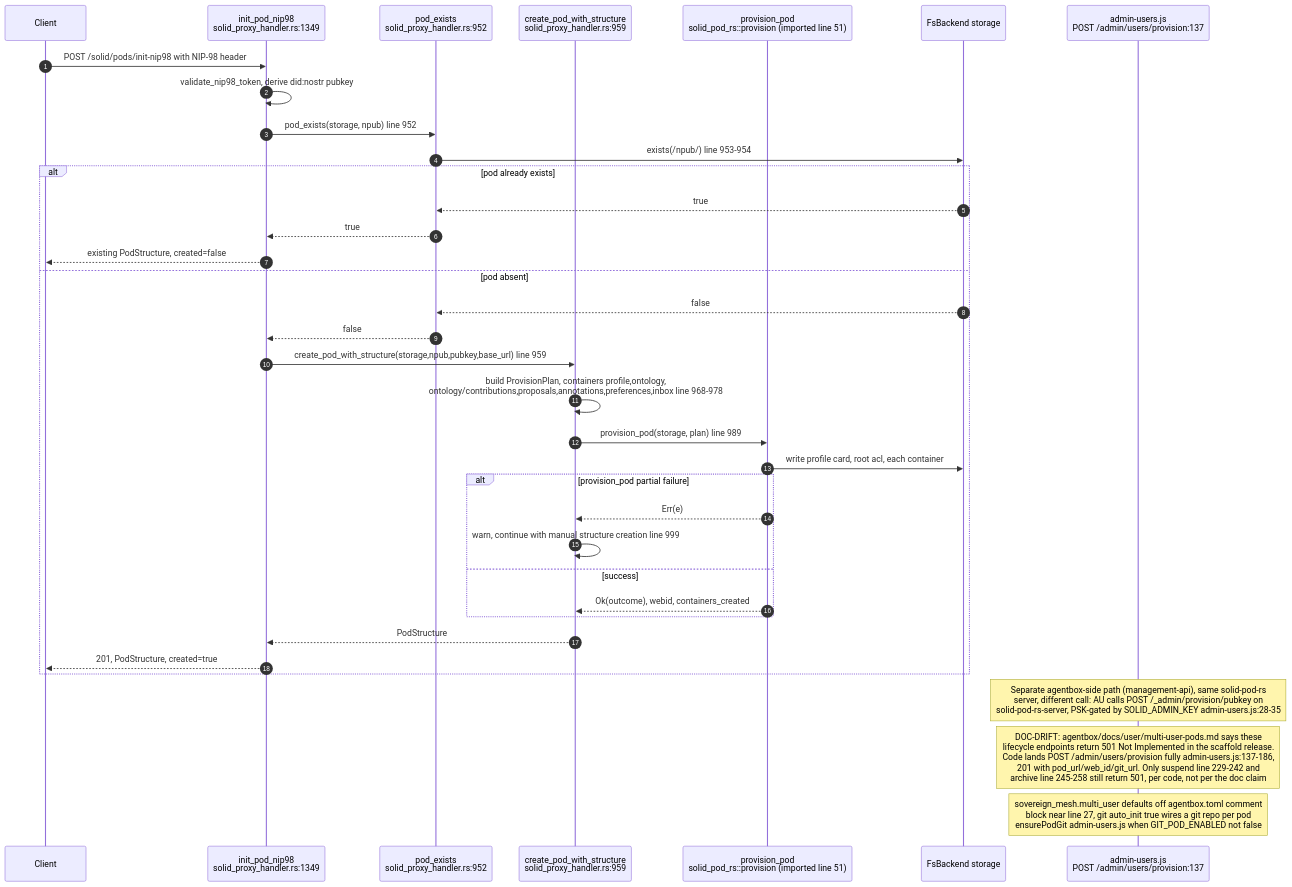
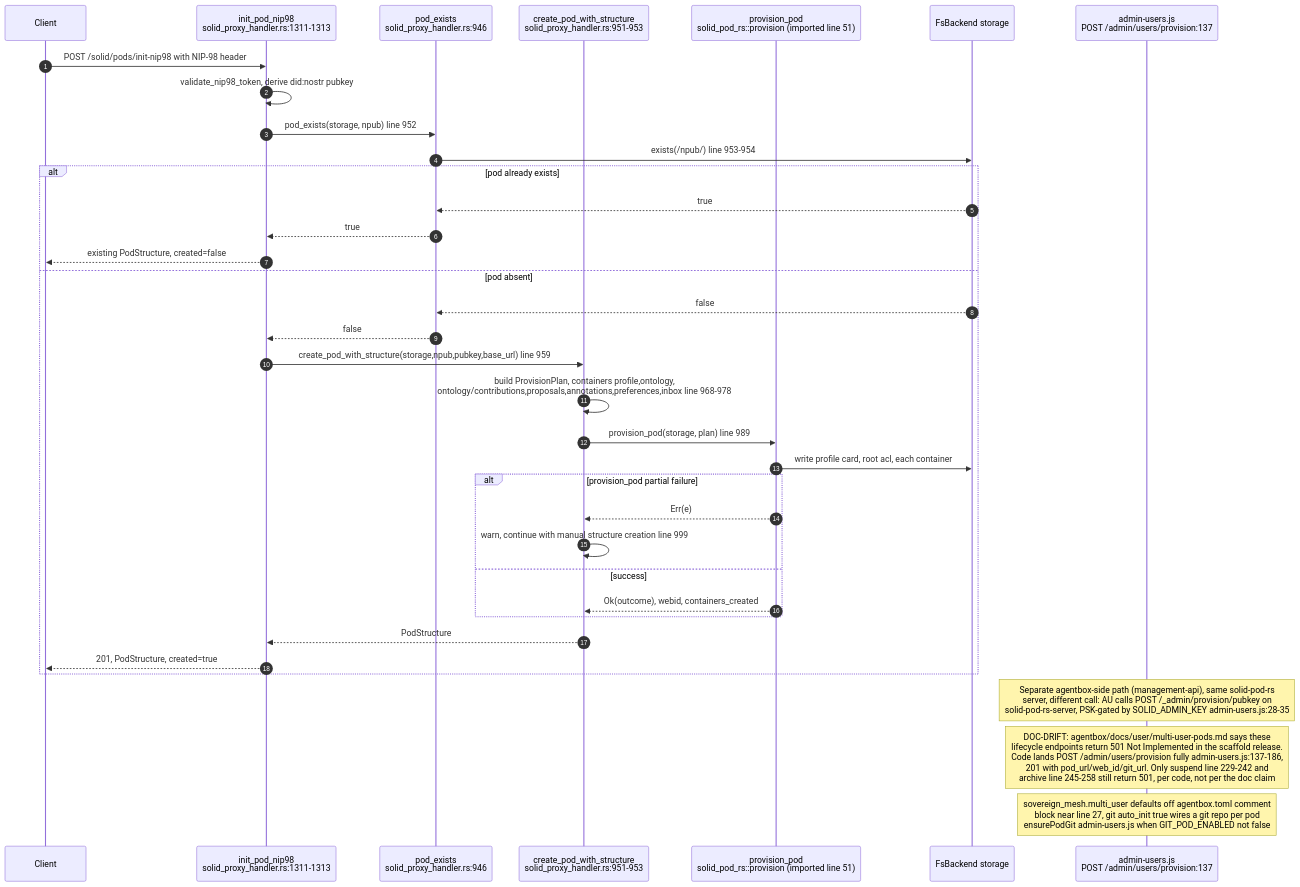
One commit to DreamLab-AI/AR-AI-Knowledge-Graph changed the fifth of 10 diagrams in docs/diagrams/estate/08-solid-pod-estate.md. Above: the diagram before and after it, drawn with Mermaid. The commit also changed other lines of this file and 36 other files, not shown here.

````diff
--- a/docs/diagrams/estate/08-solid-pod-estate.md
+++ b/docs/diagrams/estate/08-solid-pod-estate.md
@@ -208,40 +208,40 @@
 ```mermaid
 sequenceDiagram
     autonumber
     participant CL as Client
-    participant R as init_pod_nip98<br/>solid_proxy_handler.rs:1349
-    participant PE as pod_exists<br/>solid_proxy_handler.rs:952
-    participant CS as create_pod_with_structure<br/>solid_proxy_handler.rs:959
+    participant R as init_pod_nip98<br/>solid_proxy_handler.rs:1311-1313
+    participant PE as pod_exists<br/>solid_proxy_handler.rs:946
+    participant CS as create_pod_with_structure<br/>solid_proxy_handler.rs:951-953
     participant PP as provision_pod<br/>solid_pod_rs::provision (imported line 51)
     participant FS as FsBackend storage
     participant AU as admin-users.js<br/>POST /admin/users/provision:137
 
     CL->>R: POST /solid/pods/init-nip98 with NIP-98 header
     R->>R: validate_nip98_token, derive did:nostr pubkey
     R->>PE: pod_exists(storage, npub) line 952
     PE->>FS: exists(/npub/) line 953-954
     alt pod already exists
         FS-->>PE: true
         PE-->>R: true
         R-->>CL: existing PodStructure, created=false
     else pod absent
         FS-->>PE: false
         PE-->>R: false
         R->>CS: create_pod_with_structure(storage,npub,pubkey,base_url) line 959
         CS->>CS: build ProvisionPlan, containers profile,ontology,<br/>ontology/contributions,proposals,annotations,preferences,inbox line 968-978
         CS->>PP: provision_pod(storage, plan) line 989
         PP->>FS: write profile card, root acl, each container
         alt provision_pod partial failure
             PP-->>CS: Err(e)
             CS->>CS: warn, continue with manual structure creation line 999
         else success
             PP-->>CS: Ok(outcome), webid, containers_created
         end
         CS-->>R: PodStructure
         R-->>CL: 201, PodStructure, created=true
     end
 
     Note over AU: Separate agentbox-side path (management-api), same solid-pod-rs<br/>server, different call: AU calls POST /_admin/provision/pubkey on<br/>solid-pod-rs-server, PSK-gated by SOLID_ADMIN_KEY admin-users.js:28-35
     Note over AU: DOC-DRIFT: agentbox/docs/user/multi-user-pods.md says these<br/>lifecycle endpoints return 501 Not Implemented in the scaffold release.<br/>Code lands POST /admin/users/provision fully admin-users.js:137-186,<br/>201 with pod_url/web_id/git_url. Only suspend line 229-242 and<br/>archive line 245-258 still return 501, per code, not per the doc claim
     Note over AU: sovereign_mesh.multi_user defaults off agentbox.toml comment<br/>block near line 27, git auto_init true wires a git repo per pod<br/>ensurePodGit admin-users.js when GIT_POD_ENABLED not false
 ```
````
